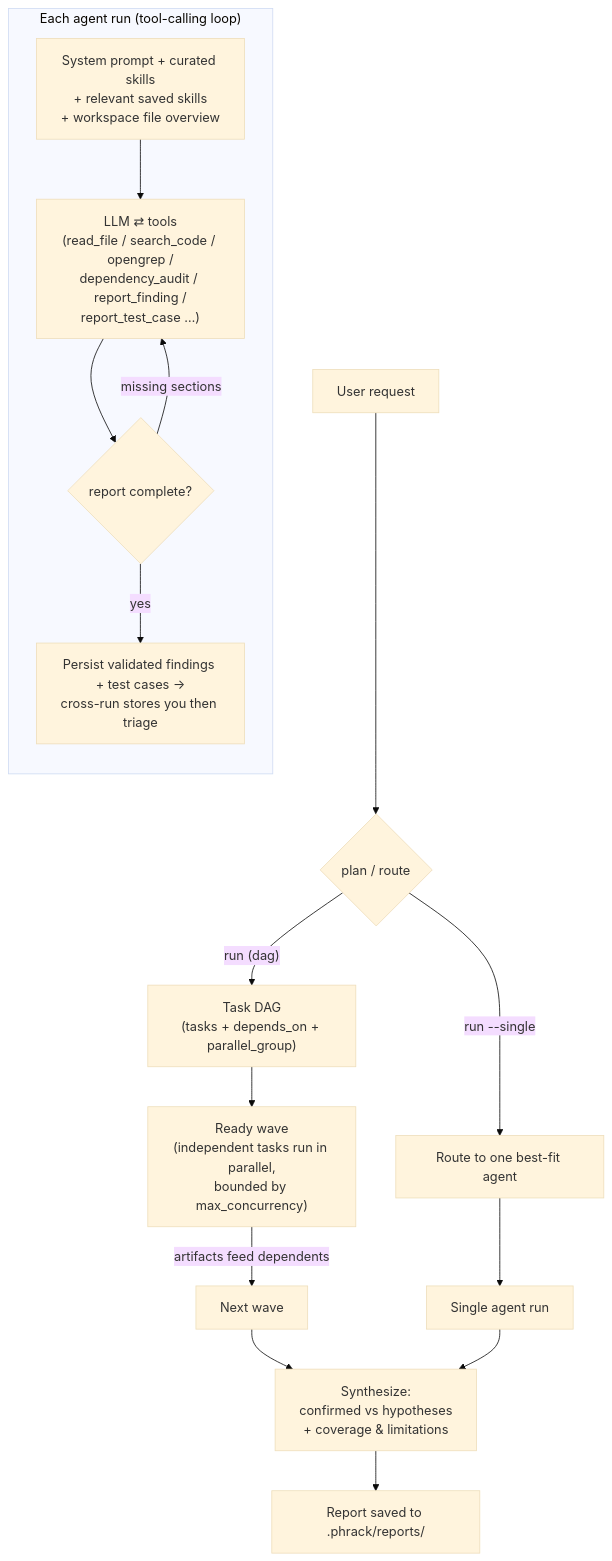
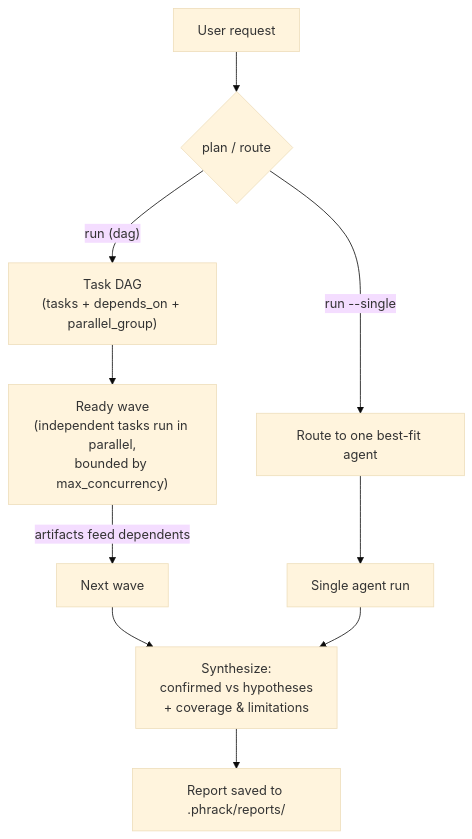
Before and after one commit to AleksaZatezalo/PhrakAgent: the diagram in README.md, drawn with Mermaid (base theme). The commit also changed other lines of this file, not shown here.

````diff
--- a/README.md
+++ b/README.md
@@ -481,21 +415,12 @@
 ```mermaid
 flowchart TD
     U["User request"] --> P{"plan / route"}
     P -->|"run (dag)"| PLAN["Task DAG\n(tasks + depends_on + parallel_group)"]
     P -->|"run --single"| ONE["Route to one best-fit agent"]
     PLAN --> W1["Ready wave\n(independent tasks run in parallel,\nbounded by max_concurrency)"]
     W1 -->|"artifacts feed dependents"| W2["Next wave"]
     W2 --> SYN["Synthesize:\nconfirmed vs hypotheses\n+ coverage & limitations"]
     ONE --> AX["Single agent run"]
     AX --> SYN
     SYN --> R["Report saved to .phrack/reports/"]
-
-    subgraph AGENT["Each agent run (tool-calling loop)"]
-      direction TB
-      SP["System prompt + curated skills\n+ relevant saved skills\n+ workspace file overview"]
-      SP --> LOOP["LLM ⇄ tools\n(read_file / search_code / opengrep /\ndependency_audit / report_finding /\nreport_test_case …)"]
-      LOOP --> DONE{"report complete?"}
-      DONE -->|"missing sections"| LOOP
-      DONE -->|"yes"| PERSIST["Persist validated findings + test cases →\ncross-run stores you then triage"]
-    end
 ```
````
